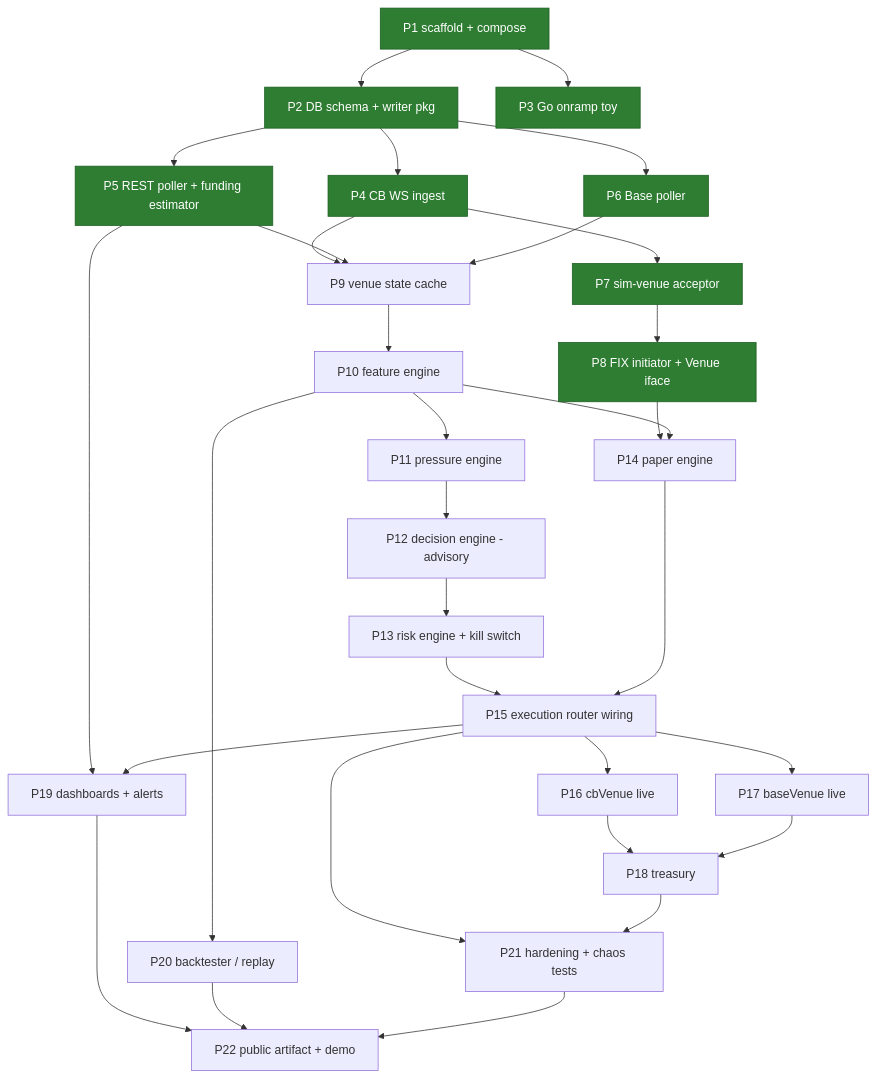
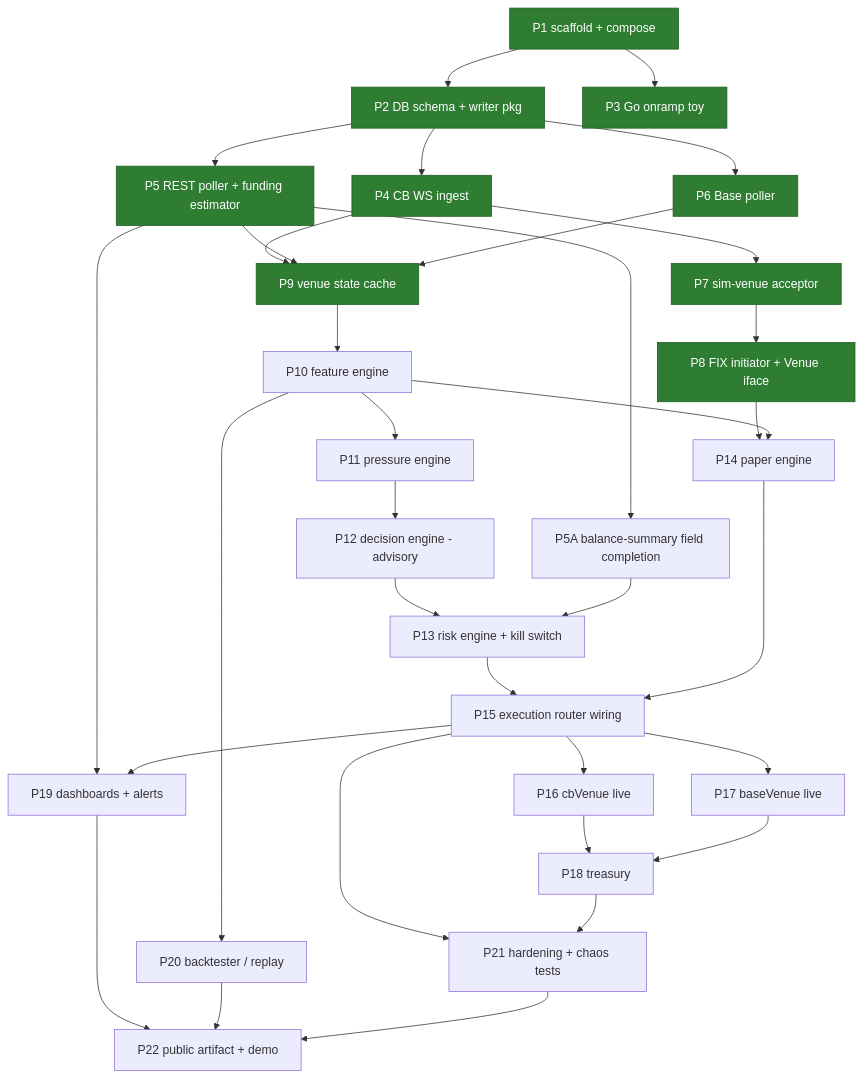
Before and after one commit to Jason-Dorman/funding-carry: the diagram in docs/build-plan.md, drawn with Mermaid. The commit also changed other lines of this file and 43 other files, not shown here.

````diff
--- a/docs/build-plan.md
+++ b/docs/build-plan.md
@@ -20,36 +20,38 @@
 ```mermaid
 graph TD
     P1[P1 scaffold + compose] --> P2[P2 DB schema + writer pkg]
     P1 --> P3[P3 Go onramp toy]
     P2 --> P4[P4 CB WS ingest]
     P2 --> P5[P5 REST poller + funding estimator]
+    P5 --> P5A[P5A balance-summary field completion]
     P2 --> P6[P6 Base poller]
     P4 --> P7[P7 sim-venue acceptor]
     P7 --> P8[P8 FIX initiator + Venue iface]
     P4 --> P9[P9 venue state cache]
     P5 --> P9
     P6 --> P9
     P9 --> P10[P10 feature engine]
     P10 --> P11[P11 pressure engine]
     P11 --> P12[P12 decision engine - advisory]
     P12 --> P13[P13 risk engine + kill switch]
+    P5A --> P13
     P8 --> P14[P14 paper engine]
     P10 --> P14
     P13 --> P15[P15 execution router wiring]
     P14 --> P15
     P15 --> P16[P16 cbVenue live]
     P15 --> P17[P17 baseVenue live]
     P16 --> P18[P18 treasury]
     P17 --> P18
     P5 --> P19[P19 dashboards + alerts]
     P15 --> P19
     P10 --> P20[P20 backtester / replay]
     P15 --> P21[P21 hardening + chaos tests]
     P18 --> P21
     P19 --> P22[P22 public artifact + demo]
     P20 --> P22
     P21 --> P22
 
     classDef done fill:#2e7d32,stroke:#1b5e20,color:#ffffff
-    class P1,P2,P3,P4,P5,P6,P7,P8 done
+    class P1,P2,P3,P4,P5,P6,P7,P8,P9 done
 ```
````
